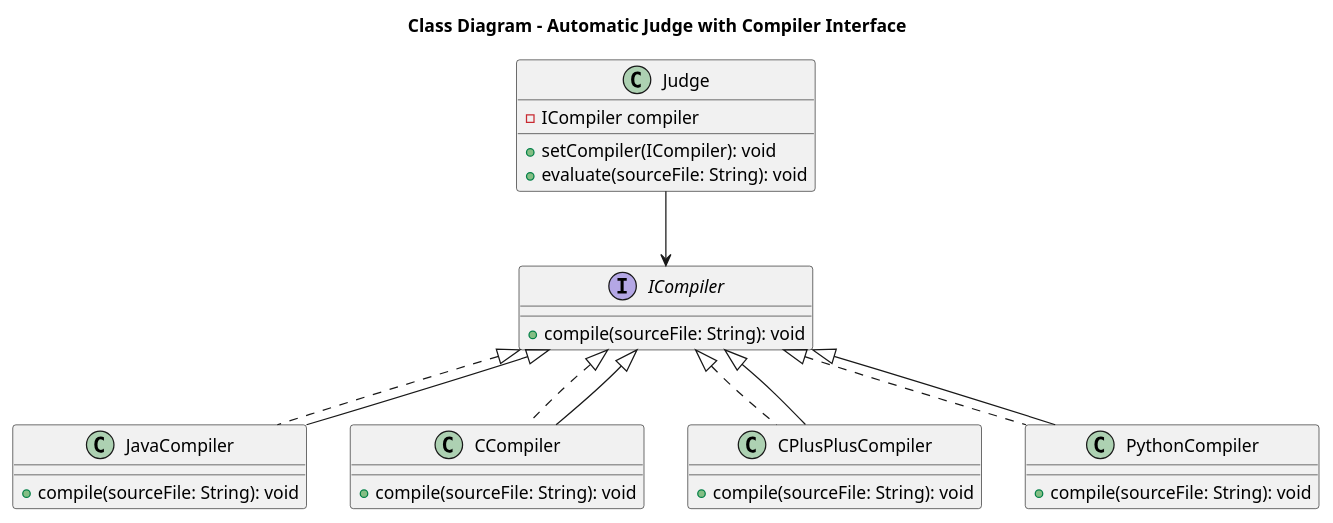
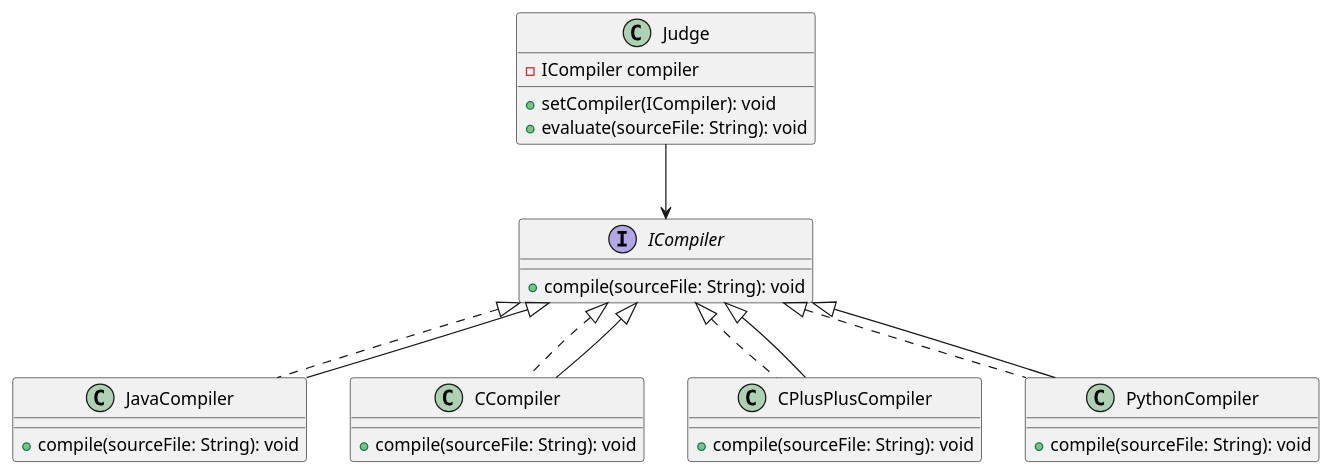
The diagram in README.md (quentinltg/lens-judge), drawn with PlantUML before and after one commit. The commit also changed other lines of this file, not shown here.

````diff
--- a/README.md
+++ b/README.md
@@ -33,39 +35,38 @@
 ```plantuml
 @startuml
-title Class Diagram - Automatic Judge with Compiler Interface
 
 ' Compiler Interface
 interface ICompiler {
     + compile(sourceFile: String): void
 }
 
 ' Specific implementations for each language
 class JavaCompiler implements ICompiler {
     + compile(sourceFile: String): void
 }
 class CCompiler implements ICompiler {
     + compile(sourceFile: String): void
 }
 class CPlusPlusCompiler implements ICompiler {
     + compile(sourceFile: String): void
 }
 class PythonCompiler implements ICompiler {
     + compile(sourceFile: String): void
 }
 
 ' Judge uses a compiler
 class Judge {
     - ICompiler compiler
     + setCompiler(ICompiler): void
     + evaluate(sourceFile: String): void
 }
 
 ' Relationships
 JavaCompiler --|> ICompiler
 CCompiler --|> ICompiler
 CPlusPlusCompiler --|> ICompiler
 PythonCompiler --|> ICompiler
 Judge --> ICompiler
 @enduml
 
 ```
````
